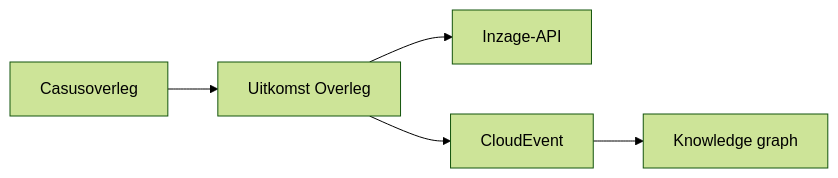
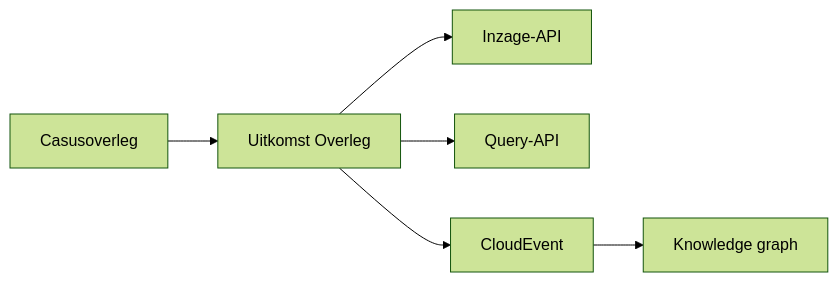
The diagram in UitwisselenUitkomstOverleg.md (samen-onder-handbereik/specificaties), drawn with Mermaid (forest theme) before and after one commit. The commit also changed other lines of this file and 5 other files, not shown here.

````diff
--- a/UitwisselenUitkomstOverleg.md
+++ b/UitwisselenUitkomstOverleg.md
@@ -42,7 +45,8 @@
 ``` mermaid
 flowchart LR
     C[Casusoverleg] --> U[Uitkomst Overleg]
     U --> API[Inzage-API]
+    U --> Q[Query-API]
     U --> CE[CloudEvent]
     CE --> G[Knowledge graph]
 ```
````
